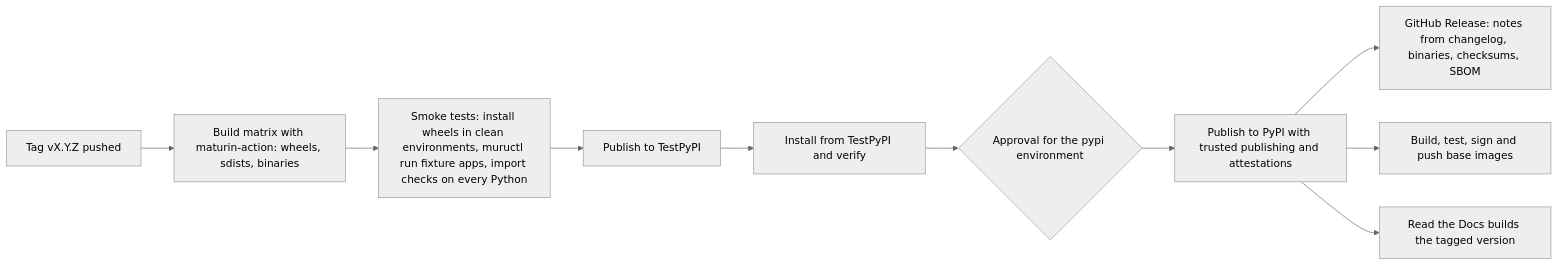
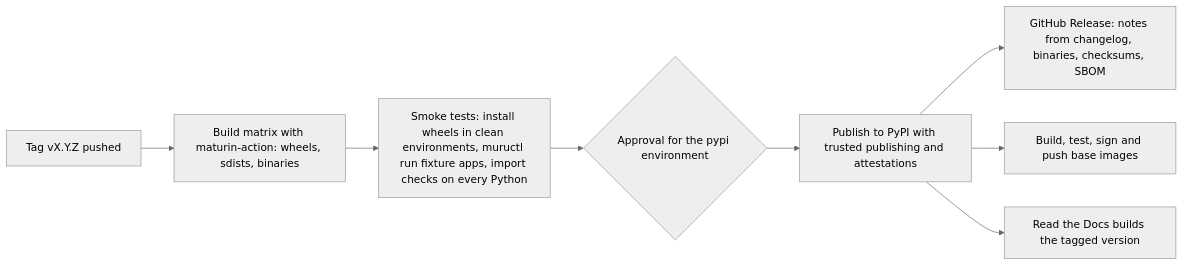
Before and after one commit to GrahamDumpleton/muru: the diagram in docs/project/design/17-packaging-and-release.md, drawn with Mermaid (neutral theme). The commit also changed other lines of this file and 3 other files, not shown here.

````diff
--- a/docs/project/design/17-packaging-and-release.md
+++ b/docs/project/design/17-packaging-and-release.md
@@ -36,12 +36,10 @@
 ```mermaid
 flowchart LR
   T[Tag vX.Y.Z pushed] --> B[Build matrix with maturin-action: wheels, sdists, binaries]
   B --> S[Smoke tests: install wheels in clean environments, muructl run fixture apps, import checks on every Python]
-  S --> TP[Publish to TestPyPI]
-  TP --> V[Install from TestPyPI and verify]
-  V --> A{Approval for the pypi environment}
+  S --> A{Approval for the pypi environment}
   A --> P[Publish to PyPI with trusted publishing and attestations]
   P --> G[GitHub Release: notes from changelog, binaries, checksums, SBOM]
   P --> I[Build, test, sign and push base images]
   P --> D[Read the Docs builds the tagged version]
 ```
````
